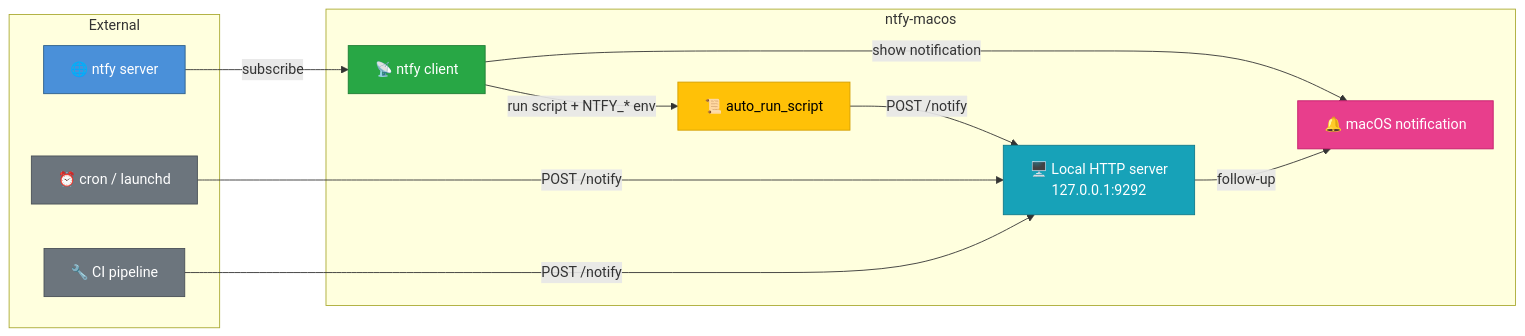
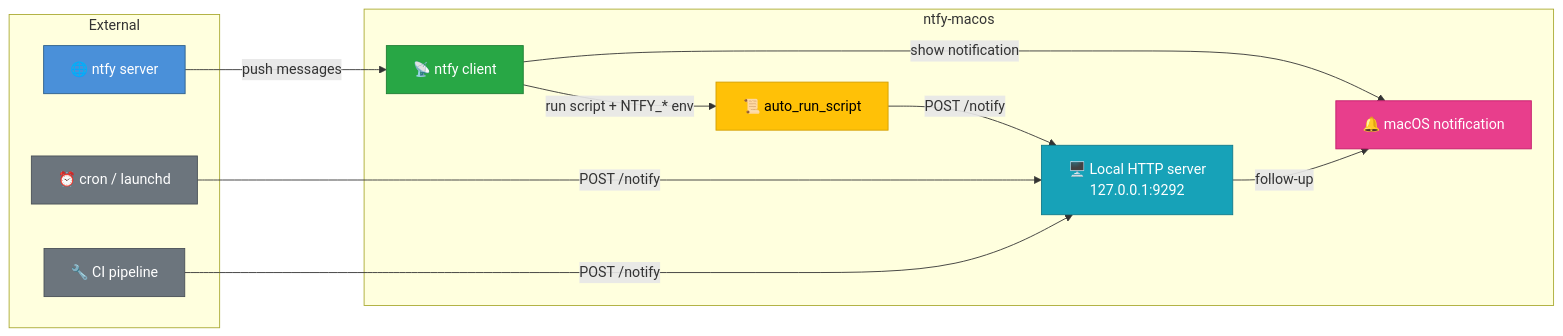
Before and after one commit to laurentftech/ntfy-macos: the diagram in README.md, drawn with Mermaid.

Commit message:
docs: Update flowchart in README to clarify message flow from ntfy to client

````diff
--- a/README.md
+++ b/README.md
@@ -314,33 +314,33 @@
 ```mermaid
 flowchart LR
     subgraph External
         ntfy["🌐 ntfy server"]
         cron["⏰ cron / launchd"]
         ci["🔧 CI pipeline"]
     end
 
     subgraph ntfy-macos
         client["📡 ntfy client"]
         script["📜 auto_run_script"]
         local["🖥️ Local HTTP server
         127.0.0.1:9292"]
         notif["🔔 macOS notification"]
     end
 
-    ntfy -- "subscribe" --> client
+    ntfy -- "push messages" --> client
     client -- "show notification" --> notif
     client -- "run script + NTFY_* env" --> script
     script -- "POST /notify" --> local
     local -- "follow-up" --> notif
 
     cron -- "POST /notify" --> local
     ci -- "POST /notify" --> local
 
     style ntfy fill:#4a90d9,stroke:#2c5f8a,color:#fff
     style cron fill:#6c757d,stroke:#495057,color:#fff
     style ci fill:#6c757d,stroke:#495057,color:#fff
     style client fill:#28a745,stroke:#1e7e34,color:#fff
     style script fill:#ffc107,stroke:#d39e00,color:#000
     style local fill:#17a2b8,stroke:#117a8b,color:#fff
     style notif fill:#e83e8c,stroke:#c21c6b,color:#fff
 ```
````
